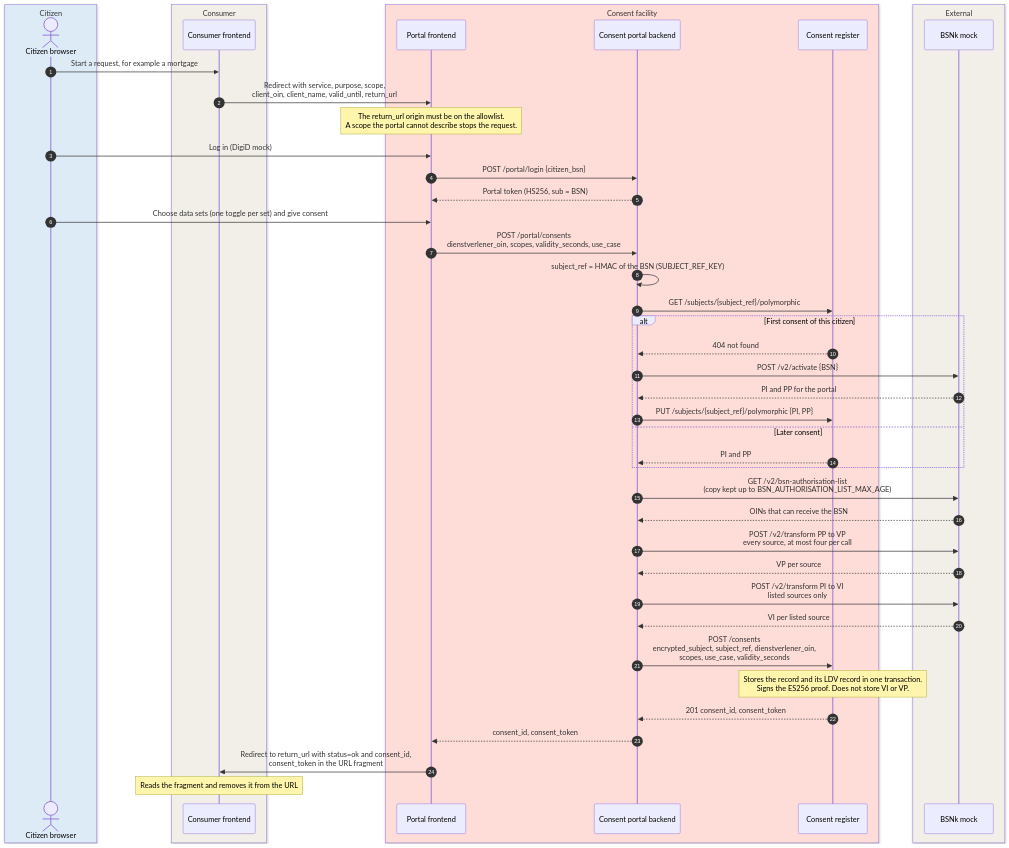
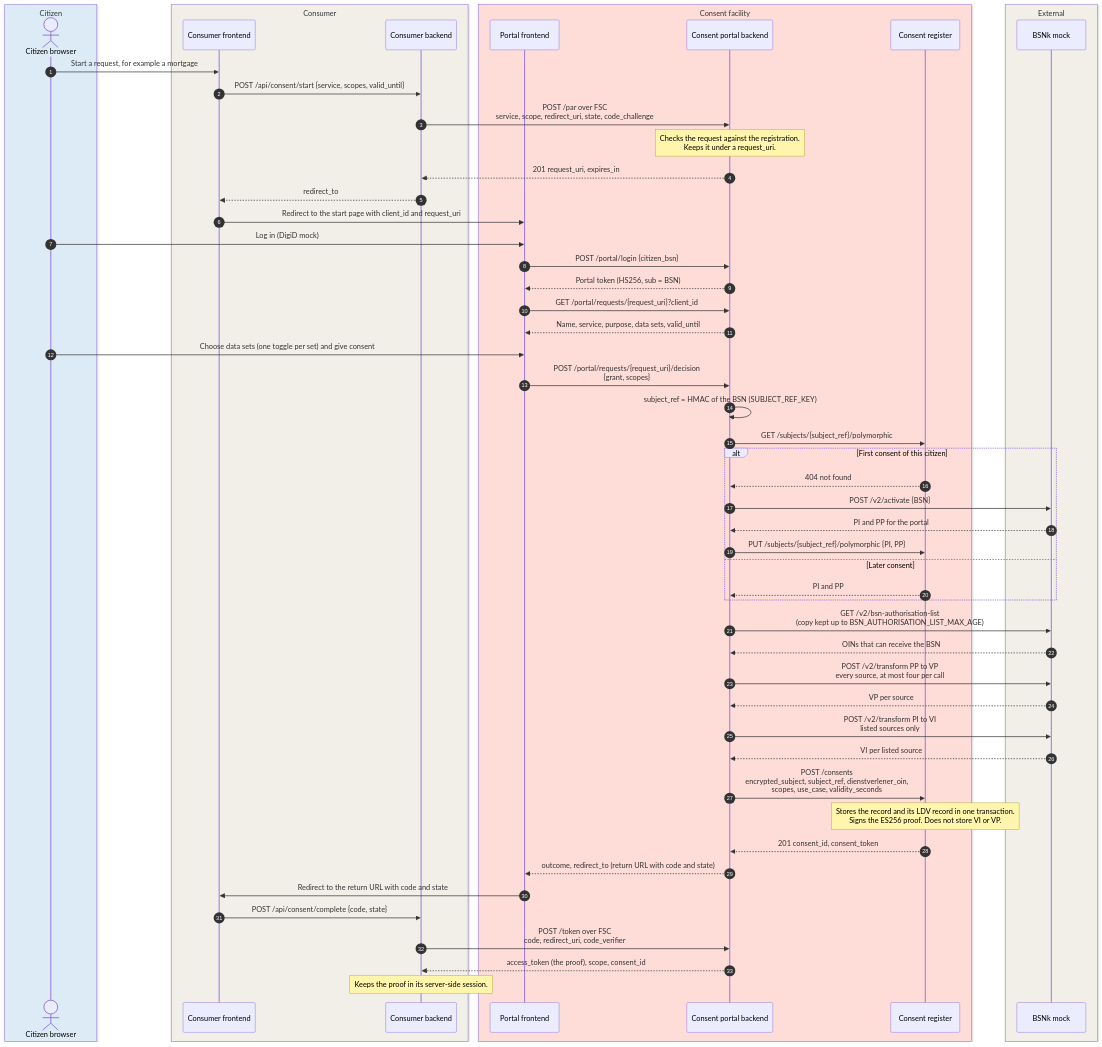
The diagram in docs/runtime/dvtp-consent.md (ICTU/GBO-TO), drawn with Mermaid before and after one commit. The commit also changed other lines of this file and 15 other files, not shown here.

First line of the commit message:
Add ADR-0045: consent starts with a pushed request over FSC and ends with a code exchange

````diff
--- a/docs/runtime/dvtp-consent.md
+++ b/docs/runtime/dvtp-consent.md
@@ -20,49 +22,59 @@
 ```mermaid
 sequenceDiagram
     autonumber
     box rgb(221,235,247) Citizen
       actor B as Citizen browser
     end
     box rgb(241,239,232) Consumer
       participant DVF as Consumer frontend
+      participant DVB as Consumer backend
     end
     box rgb(254,220,216) Consent facility
       participant PF as Portal frontend
       participant PB as Consent portal backend
       participant CR as Consent register
     end
     box rgb(241,239,232) External
       participant BSNK as BSNk mock
     end
 
     B->>DVF: Start a request, for example a mortgage
-    DVF->>PF: Redirect with service, purpose, scope,<br/>client_oin, client_name, valid_until, return_url
-    Note over PF: The return_url origin must be on the allowlist.<br/>A scope the portal cannot describe stops the request.
+    DVF->>DVB: POST /api/consent/start {service, scopes, valid_until}
+    DVB->>PB: POST /par over FSC<br/>service, scope, redirect_uri, state, code_challenge
+    Note over PB: Checks the request against the registration.<br/>Keeps it under a request_uri.
+    PB-->>DVB: 201 request_uri, expires_in
+    DVB-->>DVF: redirect_to
+    DVF->>PF: Redirect to the start page with client_id and request_uri
     B->>PF: Log in (DigiD mock)
     PF->>PB: POST /portal/login {citizen_bsn}
     PB-->>PF: Portal token (HS256, sub = BSN)
+    PF->>PB: GET /portal/requests/{request_uri}?client_id
+    PB-->>PF: Name, service, purpose, data sets, valid_until
     B->>PF: Choose data sets (one toggle per set) and give consent
-    PF->>PB: POST /portal/consents<br/>dienstverlener_oin, scopes, validity_seconds, use_case
+    PF->>PB: POST /portal/requests/{request_uri}/decision<br/>{grant, scopes}
     PB->>PB: subject_ref = HMAC of the BSN (SUBJECT_REF_KEY)
     PB->>CR: GET /subjects/{subject_ref}/polymorphic
     alt First consent of this citizen
         CR-->>PB: 404 not found
         PB->>BSNK: POST /v2/activate {BSN}
         BSNK-->>PB: PI and PP for the portal
         PB->>CR: PUT /subjects/{subject_ref}/polymorphic {PI, PP}
     else Later consent
         CR-->>PB: PI and PP
     end
     PB->>BSNK: GET /v2/bsn-authorisation-list<br/>(copy kept up to BSN_AUTHORISATION_LIST_MAX_AGE)
     BSNK-->>PB: OINs that can receive the BSN
     PB->>BSNK: POST /v2/transform PP to VP<br/>every source, at most four per call
     BSNK-->>PB: VP per source
     PB->>BSNK: POST /v2/transform PI to VI<br/>listed sources only
     BSNK-->>PB: VI per listed source
     PB->>CR: POST /consents<br/>encrypted_subject, subject_ref, dienstverlener_oin,<br/>scopes, use_case, validity_seconds
     Note over CR: Stores the record and its LDV record in one transaction.<br/>Signs the ES256 proof. Does not store VI or VP.
     CR-->>PB: 201 consent_id, consent_token
-    PB-->>PF: consent_id, consent_token
-    PF->>DVF: Redirect to return_url with status=ok and consent_id,<br/>consent_token in the URL fragment
-    Note over DVF: Reads the fragment and removes it from the URL
+    PB-->>PF: outcome, redirect_to (return URL with code and state)
+    PF->>DVF: Redirect to the return URL with code and state
+    DVF->>DVB: POST /api/consent/complete {code, state}
+    DVB->>PB: POST /token over FSC<br/>code, redirect_uri, code_verifier
+    PB-->>DVB: access_token (the proof), scope, consent_id
+    Note over DVB: Keeps the proof in its server-side session.
 ```
````
